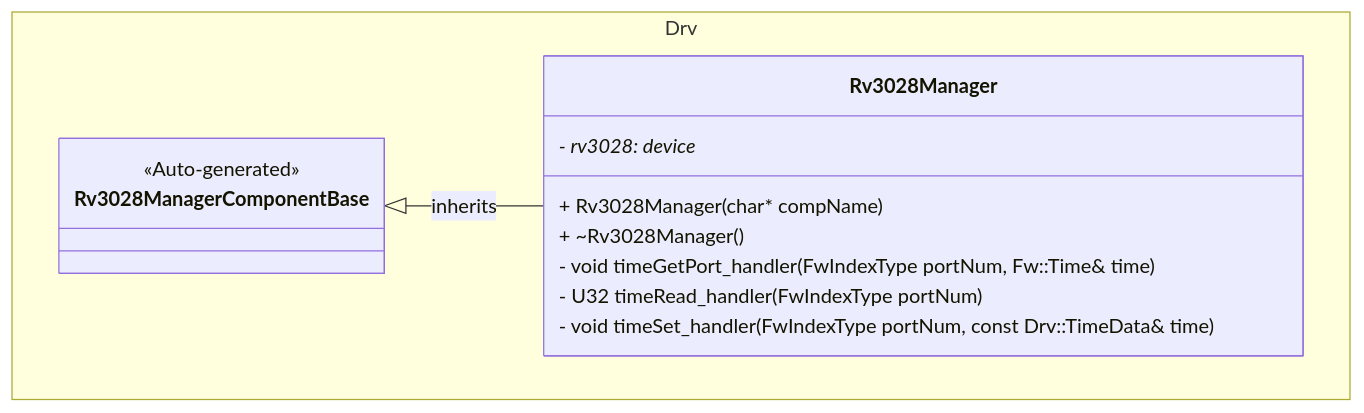
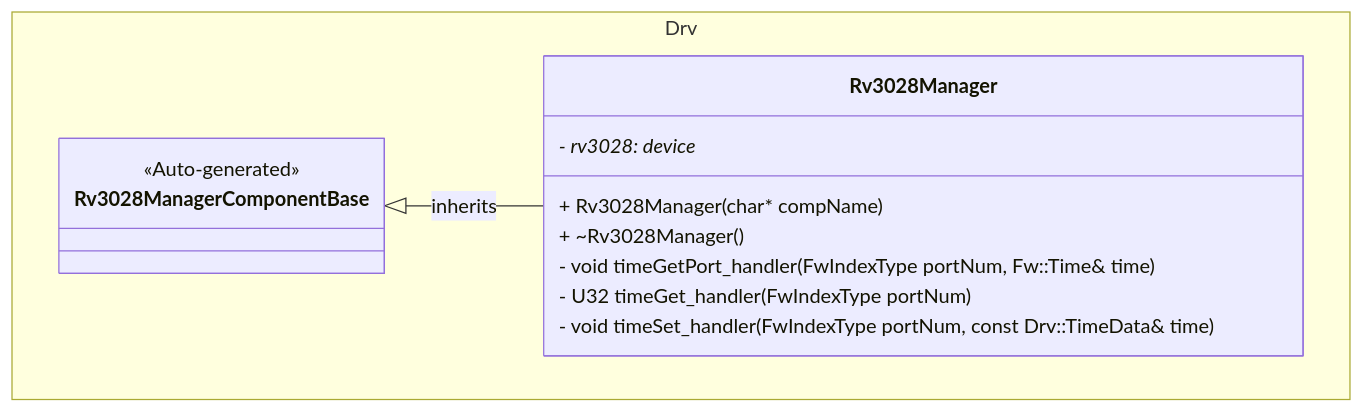
One commit to Open-Source-Space-Foundation/proves-core-reference changed the first of 8 diagrams in FprimeZephyrReference/Components/Drv/Rv3028Manager/docs/sdd.md. Above: the diagram before and after it, drawn with Mermaid. The commit also changed other lines of this file and 8 other files, not shown here.

````diff
--- a/FprimeZephyrReference/Components/Drv/Rv3028Manager/docs/sdd.md
+++ b/FprimeZephyrReference/Components/Drv/Rv3028Manager/docs/sdd.md
@@ -51,17 +51,17 @@
 ```mermaid
 classDiagram
     namespace Drv {
         class Rv3028ManagerComponentBase {
             <<Auto-generated>>
         }
         class Rv3028Manager {
             - rv3028: device*
             + Rv3028Manager(char* compName)
             + ~Rv3028Manager()
             - void timeGetPort_handler(FwIndexType portNum, Fw::Time& time)
-            - U32 timeRead_handler(FwIndexType portNum)
+            - U32 timeGet_handler(FwIndexType portNum)
             - void timeSet_handler(FwIndexType portNum, const Drv::TimeData& time)
         }
     }
     Rv3028ManagerComponentBase <|-- Rv3028Manager : inherits
 ```
````
